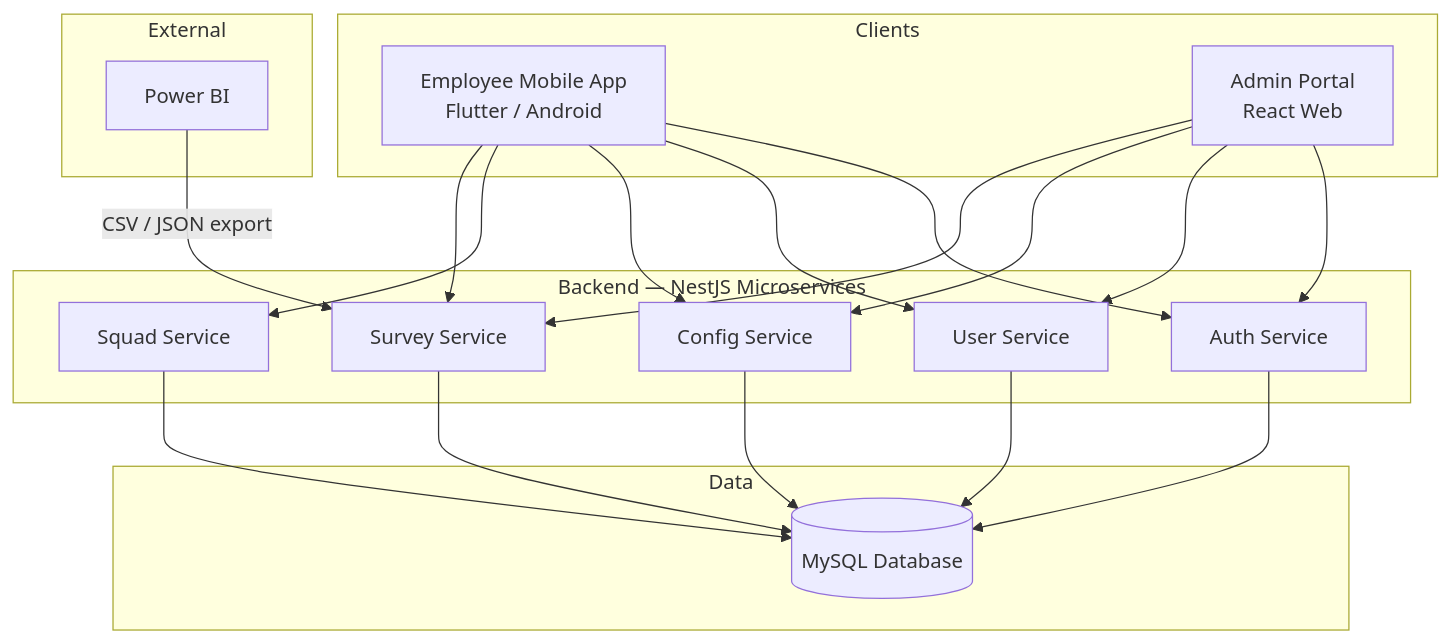
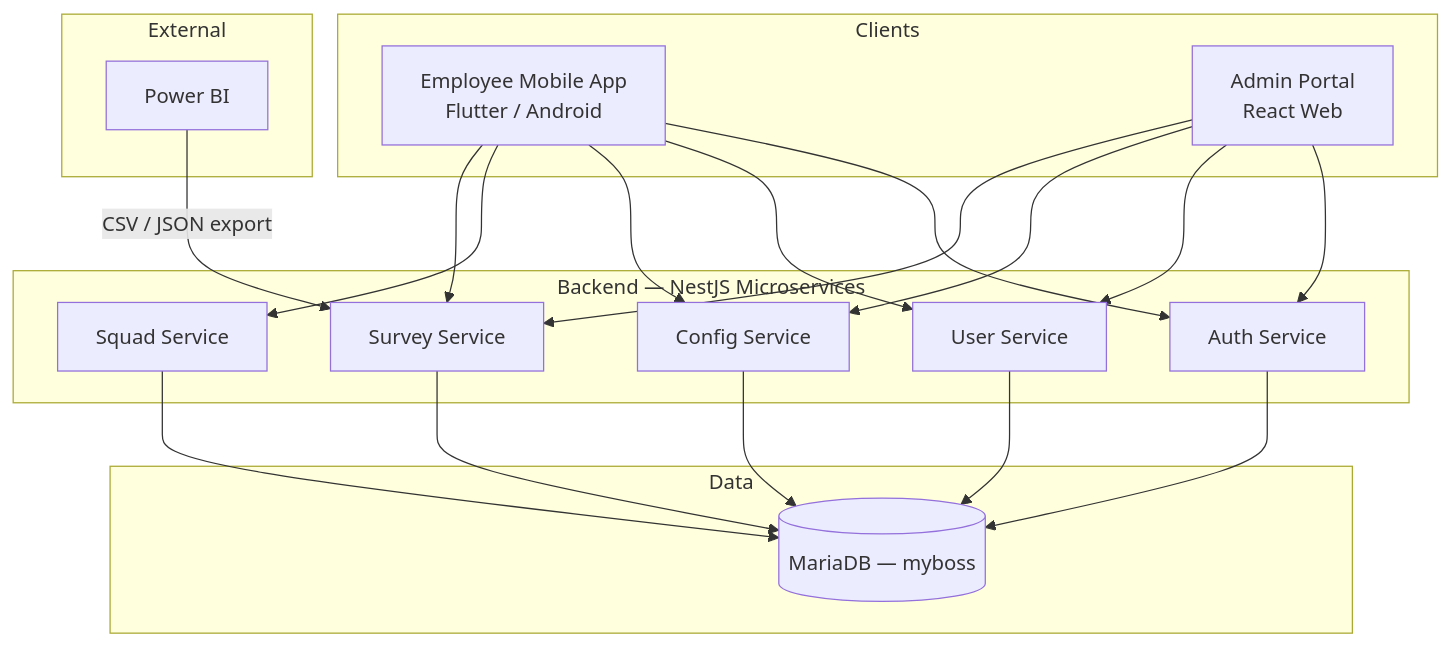
Before and after one commit to areejobaid17894-blip/myboss-platform: the first of 5 diagrams in docs/architecture/HLD.md, drawn with Mermaid. The commit also changed other lines of this file and 24 other files, not shown here.

First line of the commit message:
Document and provision unified myboss database schema.

````diff
--- a/docs/architecture/HLD.md
+++ b/docs/architecture/HLD.md
@@ -15,42 +15,42 @@
 ```mermaid
 flowchart TB
     subgraph Clients
         MA[Employee Mobile App<br/>Flutter / Android]
         AP[Admin Portal<br/>React Web]
     end
 
     subgraph Backend["Backend — NestJS Microservices"]
         AUTH[Auth Service]
         USER[User Service]
         CONFIG[Config Service]
         SQUAD[Squad Service]
         SURVEY[Survey Service]
     end
 
     subgraph Data
-        DB[(MySQL Database)]
+        DB[(MariaDB — myboss)]
     end
 
     subgraph External
         PBI[Power BI]
     end
 
     MA --> AUTH
     MA --> USER
     MA --> CONFIG
     MA --> SQUAD
     MA --> SURVEY
 
     AP --> AUTH
     AP --> USER
     AP --> CONFIG
     AP --> SURVEY
 
     AUTH --> DB
     USER --> DB
     CONFIG --> DB
     SQUAD --> DB
     SURVEY --> DB
 
     PBI -->|CSV / JSON export| SURVEY
 ```
````
